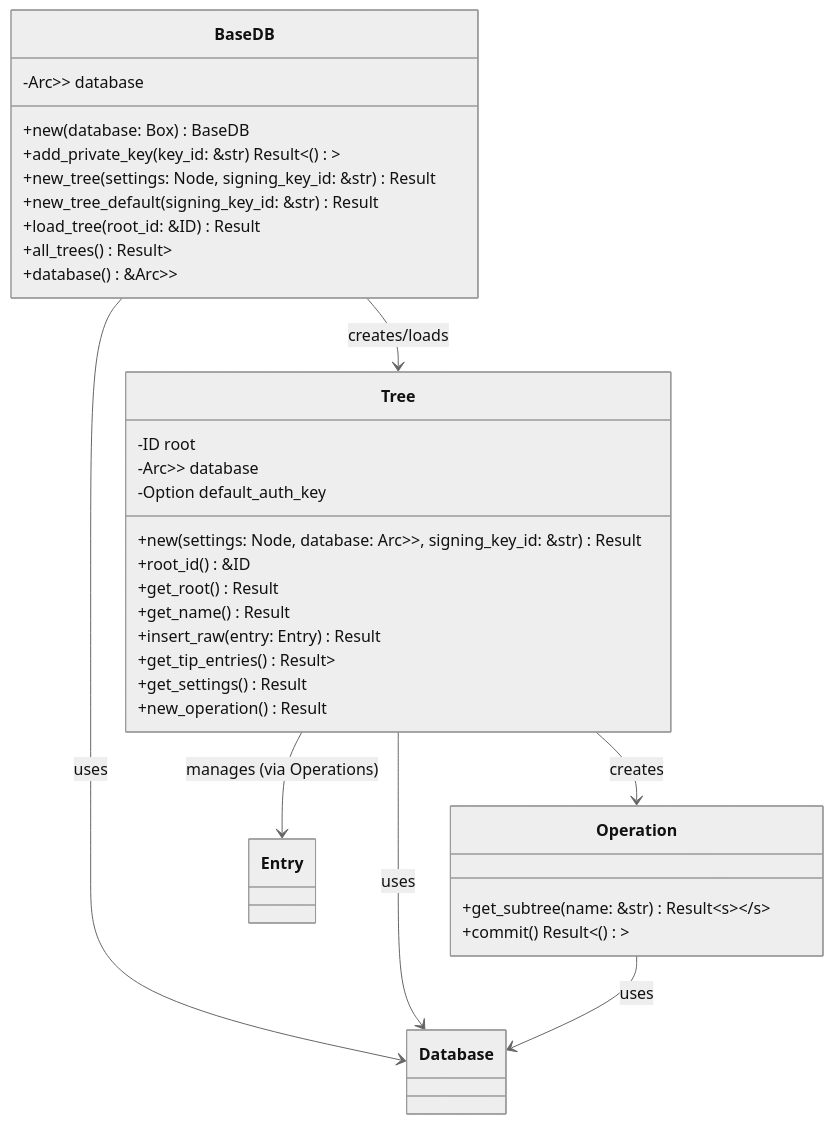
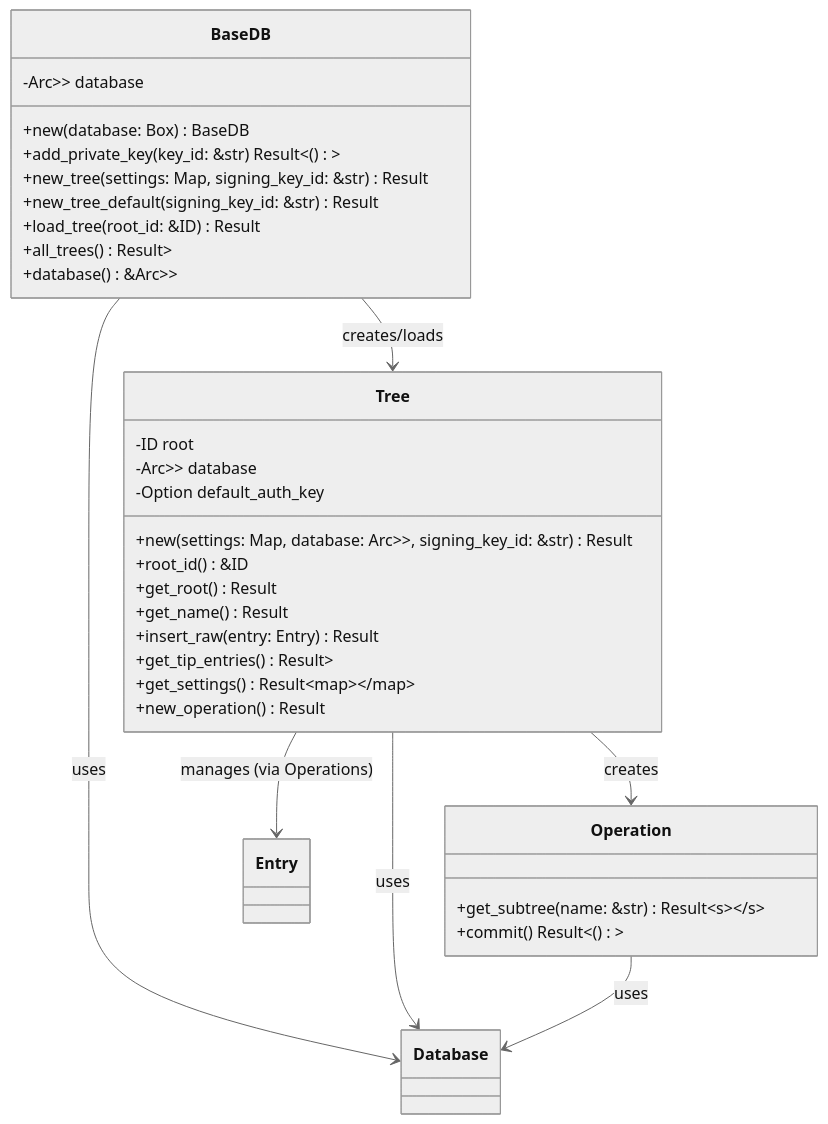
Before and after one commit to arcuru/eidetica: the diagram in docs/src/internal/core_components/basedb_tree.md, drawn with Mermaid (neutral theme). The commit also changed other lines of this file and 13 other files, not shown here.

````diff
--- a/docs/src/internal/core_components/basedb_tree.md
+++ b/docs/src/internal/core_components/basedb_tree.md
@@ -5,39 +5,39 @@
 ```mermaid
 classDiagram
     class BaseDB {
         -Arc<Mutex<Box<dyn Database>>> database
         +new(database: Box<dyn Database>) BaseDB
         +add_private_key(key_id: &str) Result<()>
-        +new_tree(settings: Node, signing_key_id: &str) Result<Tree>
+        +new_tree(settings: Map, signing_key_id: &str) Result<Tree>
         +new_tree_default(signing_key_id: &str) Result<Tree>
         +load_tree(root_id: &ID) Result<Tree>
         +all_trees() Result<Vec<Tree>>
         +database() &Arc<Mutex<Box<dyn Database>>>
     }
 
     class Tree {
         -ID root
         -Arc<Mutex<Box<dyn Database>>> database
         -Option<String> default_auth_key
-        +new(settings: Node, database: Arc<Mutex<Box<dyn Database>>>, signing_key_id: &str) Result<Tree>
+        +new(settings: Map, database: Arc<Mutex<Box<dyn Database>>>, signing_key_id: &str) Result<Tree>
         +root_id() &ID
         +get_root() Result<Entry>
         +get_name() Result<String>
         +insert_raw(entry: Entry) Result<ID>
         +get_tip_entries() Result<Vec<Entry>>
-        +get_settings() Result<Node>
+        +get_settings() Result<Map>
         +new_operation() Result<Operation>
     }
 
     class Operation {
         +get_subtree<S: SubtreeType>(name: &str) Result<S>
         +commit() Result<()>
     }
 
     BaseDB --> Tree : creates/loads
     BaseDB --> Database : uses
     Tree --> Database : uses
     Tree --> Entry : manages (via Operations)
     Tree --> Operation : creates
     Operation --> Database : uses
 ```
````
